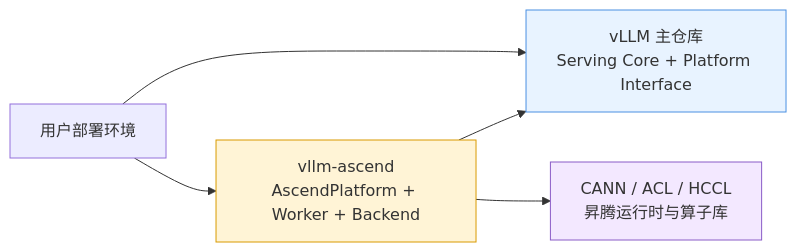
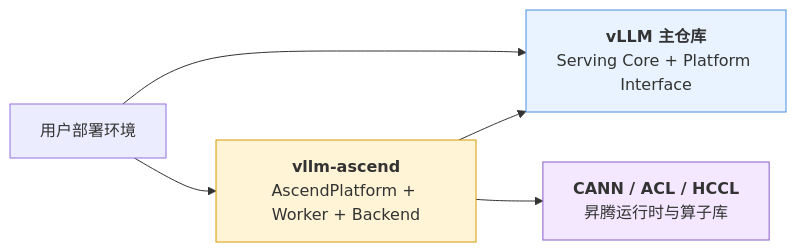
Before and after one commit to arganzheng/arganzheng.github.com: the fourth of 6 diagrams in _posts/2026-08-23-hardware-abstraction-and-portability.md, drawn with Mermaid. The commit also changed other lines of this file and 14 other files, not shown here.

First line of the commit message:
大模型推理系统揭秘：从 vLLM 看 LLM Serving Infra 核心技术：Mermaid 多行方框的首行标为标题（15 篇）

````diff
--- a/_posts/2026-08-23-hardware-abstraction-and-portability.md
+++ b/_posts/2026-08-23-hardware-abstraction-and-portability.md
@@ -503,17 +503,17 @@
 ```mermaid
 %% 图：Out-of-Tree 插件架构：vllm-ascend 依赖 vLLM 主仓库的 Platform 接口与 CANN 运行时
 graph LR
-    VLLM["vLLM 主仓库<br/>Serving Core + Platform Interface"]
-    PLUGIN["vllm-ascend<br/>AscendPlatform + Worker + Backend"]
-    CANN["CANN / ACL / HCCL<br/>昇腾运行时与算子库"]
+    VLLM["<b>vLLM 主仓库</b><br/>Serving Core + Platform Interface"]
+    PLUGIN["<b>vllm-ascend</b><br/>AscendPlatform + Worker + Backend"]
+    CANN["<b>CANN / ACL / HCCL</b><br/>昇腾运行时与算子库"]
     USER["用户部署环境"]
 
     USER --> VLLM
     USER --> PLUGIN
     PLUGIN --> VLLM
     PLUGIN --> CANN
 
     style VLLM fill:#e8f3ff,stroke:#4a90e2
     style PLUGIN fill:#fff4d6,stroke:#d99a00
     style CANN fill:#f3e8ff,stroke:#8a5cc7
 ```
````
